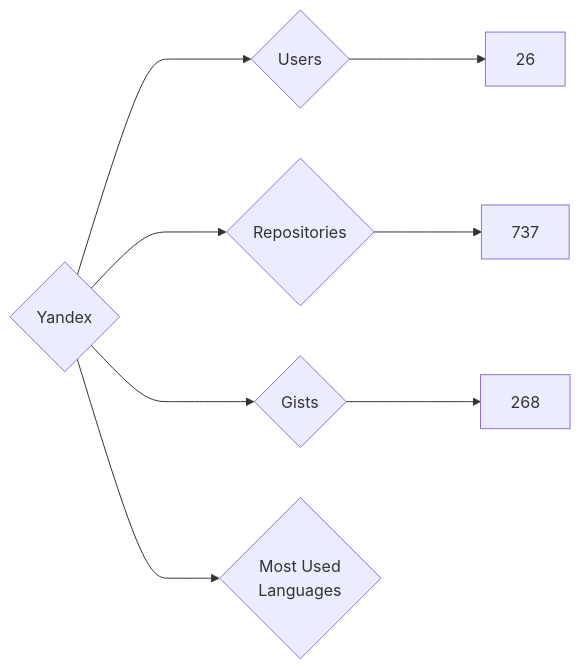
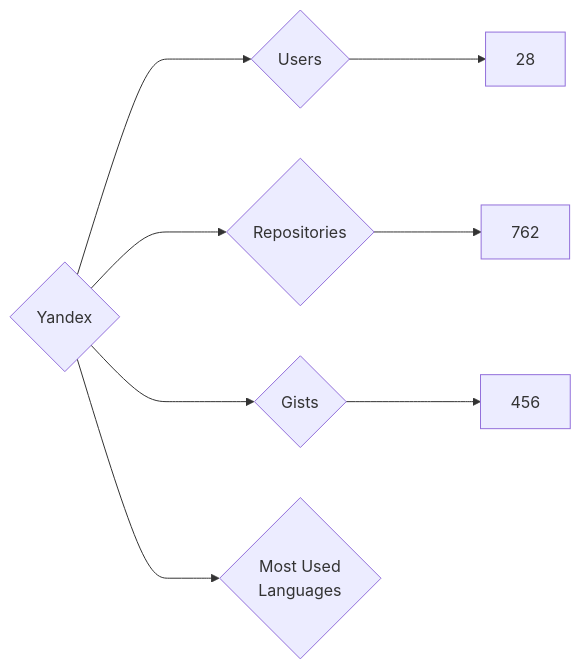
The diagram in targets/Yandex/README.md (nenadzaric/insiders), drawn with Mermaid before and after one commit. The commit also changed 1342 other files, not shown here.

````diff
--- a/targets/Yandex/README.md
+++ b/targets/Yandex/README.md
@@ -3,8 +3,8 @@
 ```mermaid
 graph LR
 COMPANY_NAME{Yandex}
-COMPANY_NAME ---> U{Users} ---> UN[26]
-COMPANY_NAME ---> R{Repositories} ---> RN[737]
-COMPANY_NAME ---> G{Gists} ---> GN[268]
+COMPANY_NAME ---> U{Users} ---> UN[28]
+COMPANY_NAME ---> R{Repositories} ---> RN[762]
+COMPANY_NAME ---> G{Gists} ---> GN[456]
 COMPANY_NAME ---> ML{Most Used<br>Languages}
 ```
````
